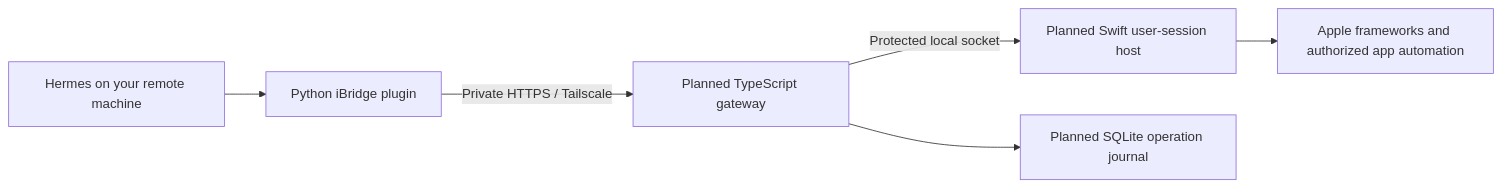
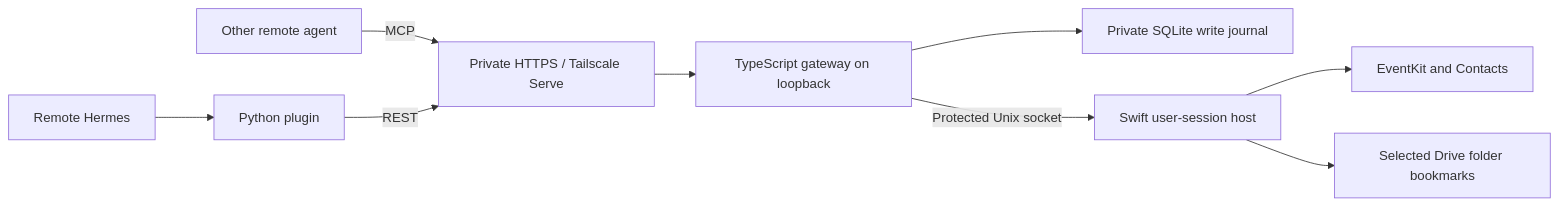
Before and after one commit to OnPointIT-ca/iBridge: the diagram in README.md, drawn with Mermaid. The commit also changed other lines of this file and 4 other files, not shown here.

````diff
--- a/README.md
+++ b/README.md
@@ -32,8 +58,11 @@
 ```mermaid
 flowchart LR
-    A[Hermes on your remote machine] --> B[Python iBridge plugin]
-    B -->|Private HTTPS / Tailscale| C[Planned TypeScript gateway]
-    C -->|Protected local socket| D[Planned Swift user-session host]
-    D --> E[Apple frameworks and authorized app automation]
-    C --> F[Planned SQLite operation journal]
+    H[Remote Hermes] --> P[Python plugin]
+    A[Other remote agent] -->|MCP| G
+    P -->|REST| G[Private HTTPS / Tailscale Serve]
+    G --> T[TypeScript gateway on loopback]
+    T --> J[Private SQLite write journal]
+    T -->|Protected Unix socket| S[Swift user-session host]
+    S --> E[EventKit and Contacts]
+    S --> D[Selected Drive folder bookmarks]
 ```
````
